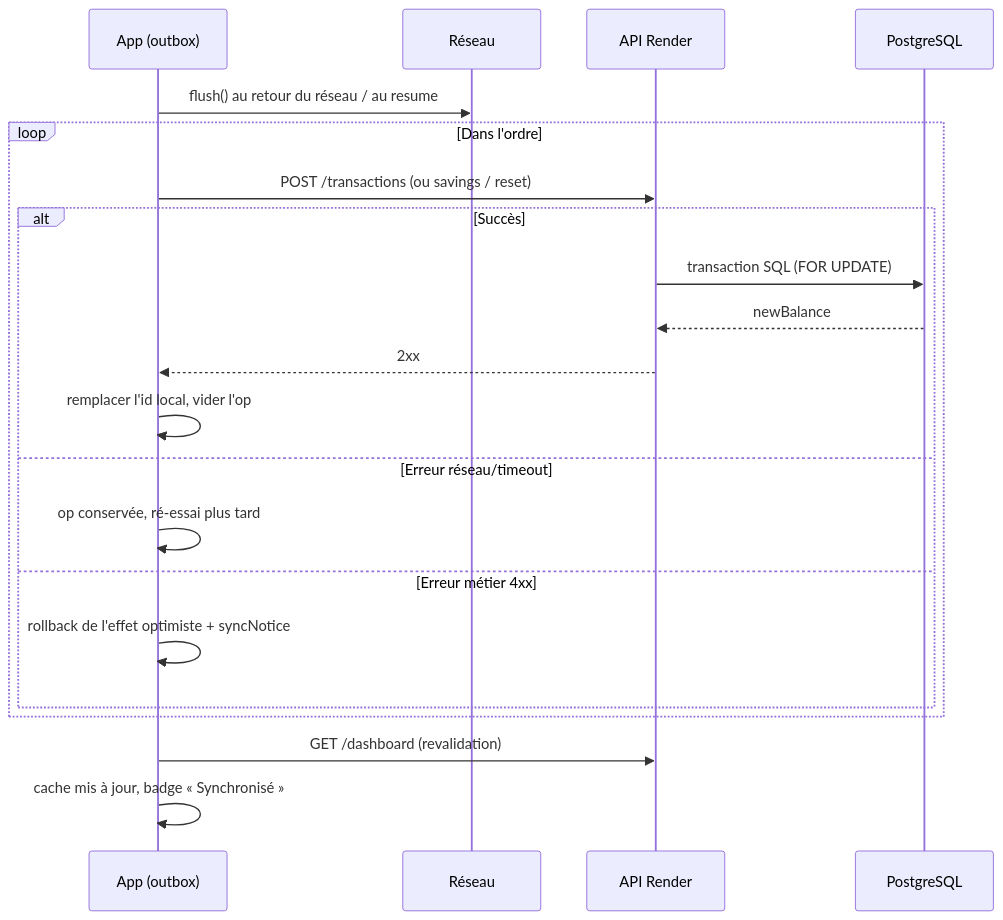
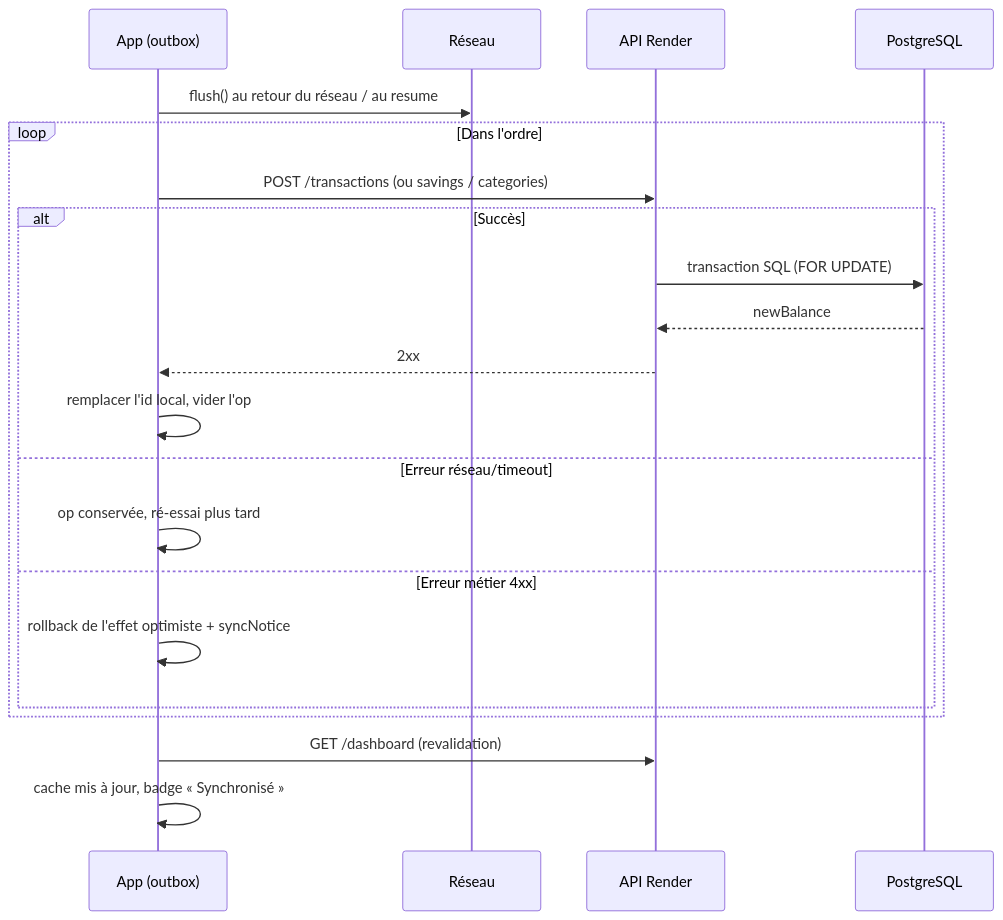
The diagram in docs/hors-ligne-et-synchronisation.md (projet-sit/Mybudjet), drawn with Mermaid before and after one commit. The commit also changed other lines of this file and 79 other files, not shown here.

````diff
--- a/docs/hors-ligne-et-synchronisation.md
+++ b/docs/hors-ligne-et-synchronisation.md
@@ -67,24 +69,24 @@
 ```mermaid
 sequenceDiagram
   participant App as App (outbox)
   participant Net as Réseau
   participant API as API Render
   participant DB as PostgreSQL
 
   App->>Net: flush() au retour du réseau / au resume
   loop Dans l'ordre
-    App->>API: POST /transactions (ou savings / reset)
+    App->>API: POST /transactions (ou savings / categories)
     alt Succès
       API->>DB: transaction SQL (FOR UPDATE)
       DB-->>API: newBalance
       API-->>App: 2xx
       App->>App: remplacer l'id local, vider l'op
     else Erreur réseau/timeout
       App->>App: op conservée, ré-essai plus tard
     else Erreur métier 4xx
       App->>App: rollback de l'effet optimiste + syncNotice
     end
   end
   App->>API: GET /dashboard (revalidation)
   App->>App: cache mis à jour, badge « Synchronisé »
 ```
````
